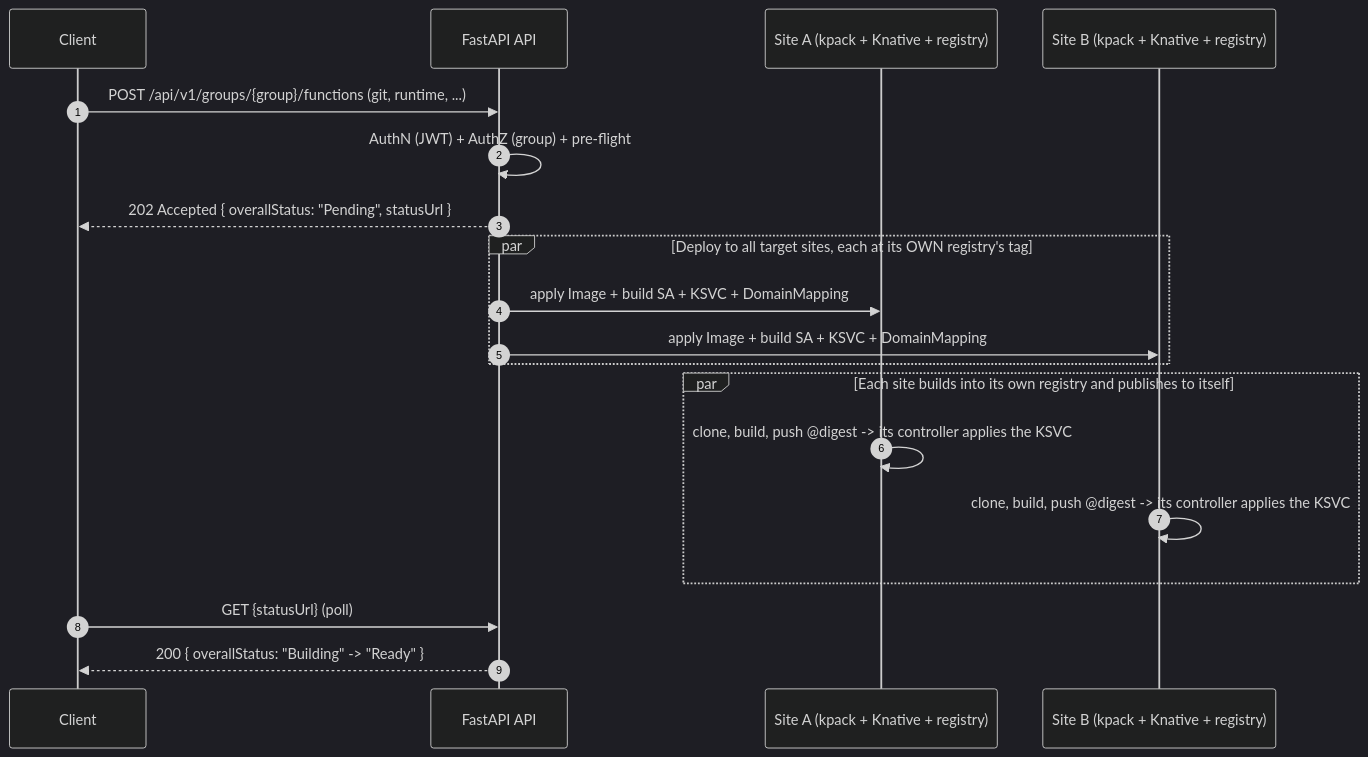
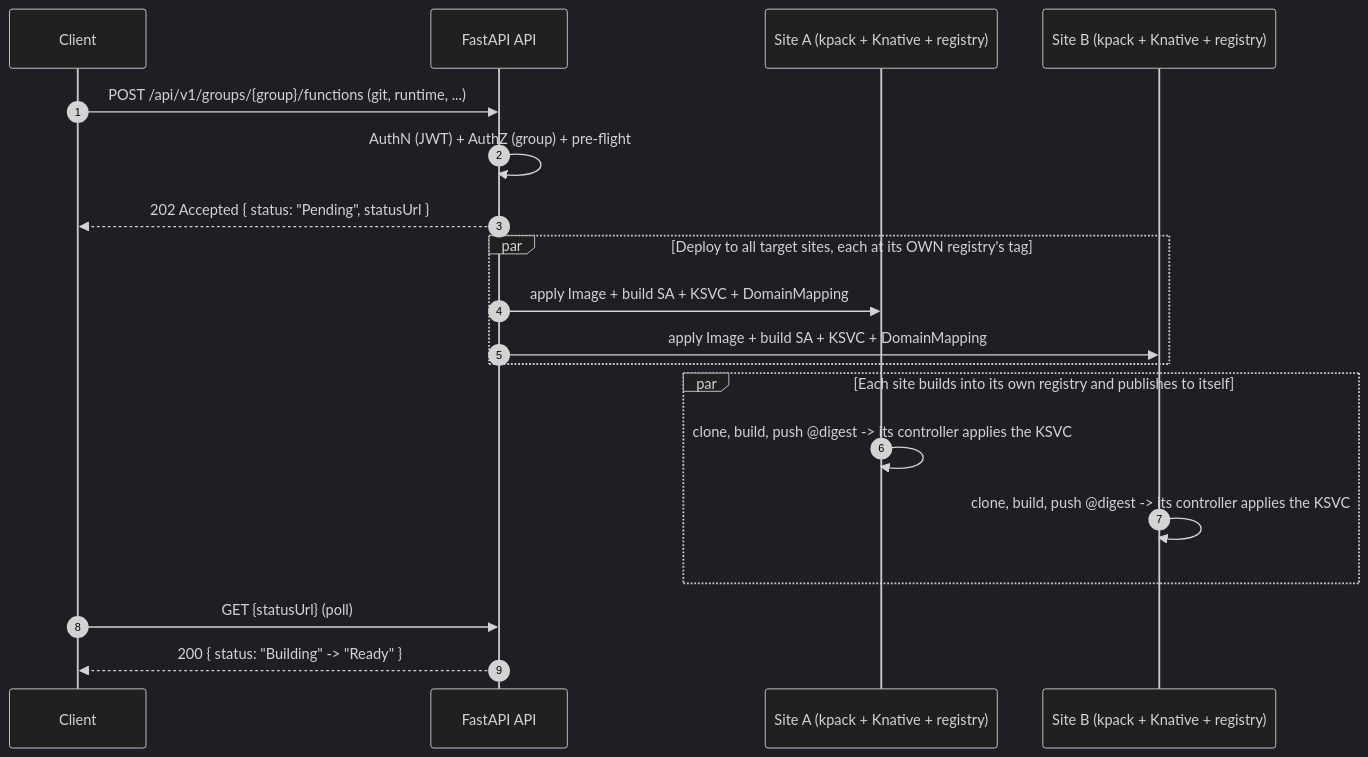
Before and after one commit to black-cloudlet/serverless: the diagram in docs/FUNCTIONS.md, drawn with Mermaid (dark theme). The commit also changed other lines of this file and 45 other files, not shown here.

````diff
--- a/docs/FUNCTIONS.md
+++ b/docs/FUNCTIONS.md
@@ -56,22 +56,22 @@
 ```mermaid
 sequenceDiagram
     autonumber
     participant U as Client
     participant API as FastAPI API
     participant ZA as Site A (kpack + Knative + registry)
     participant ZB as Site B (kpack + Knative + registry)
 
     U->>API: POST /api/v1/groups/{group}/functions (git, runtime, ...)
     API->>API: AuthN (JWT) + AuthZ (group) + pre-flight
-    API-->>U: 202 Accepted { overallStatus: "Pending", statusUrl }
+    API-->>U: 202 Accepted { status: "Pending", statusUrl }
     par Deploy to all target sites, each at its OWN registry's tag
         API->>ZA: apply Image + build SA + KSVC + DomainMapping
         API->>ZB: apply Image + build SA + KSVC + DomainMapping
     end
     par Each site builds into its own registry and publishes to itself
         ZA->>ZA: clone, build, push @digest -> its controller applies the KSVC
         ZB->>ZB: clone, build, push @digest -> its controller applies the KSVC
     end
     U->>API: GET {statusUrl} (poll)
-    API-->>U: 200 { overallStatus: "Building" -> "Ready" }
+    API-->>U: 200 { status: "Building" -> "Ready" }
 ```
````
